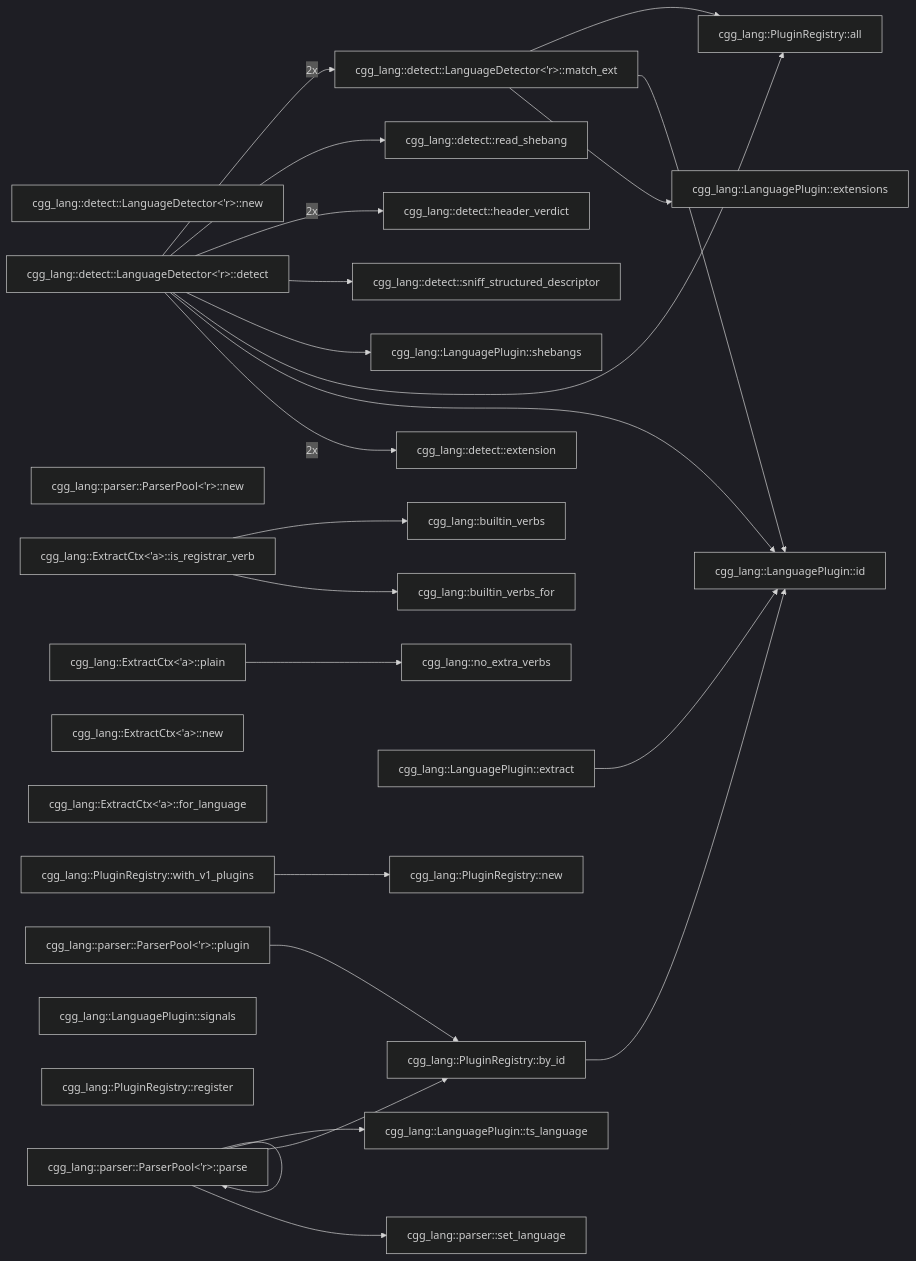
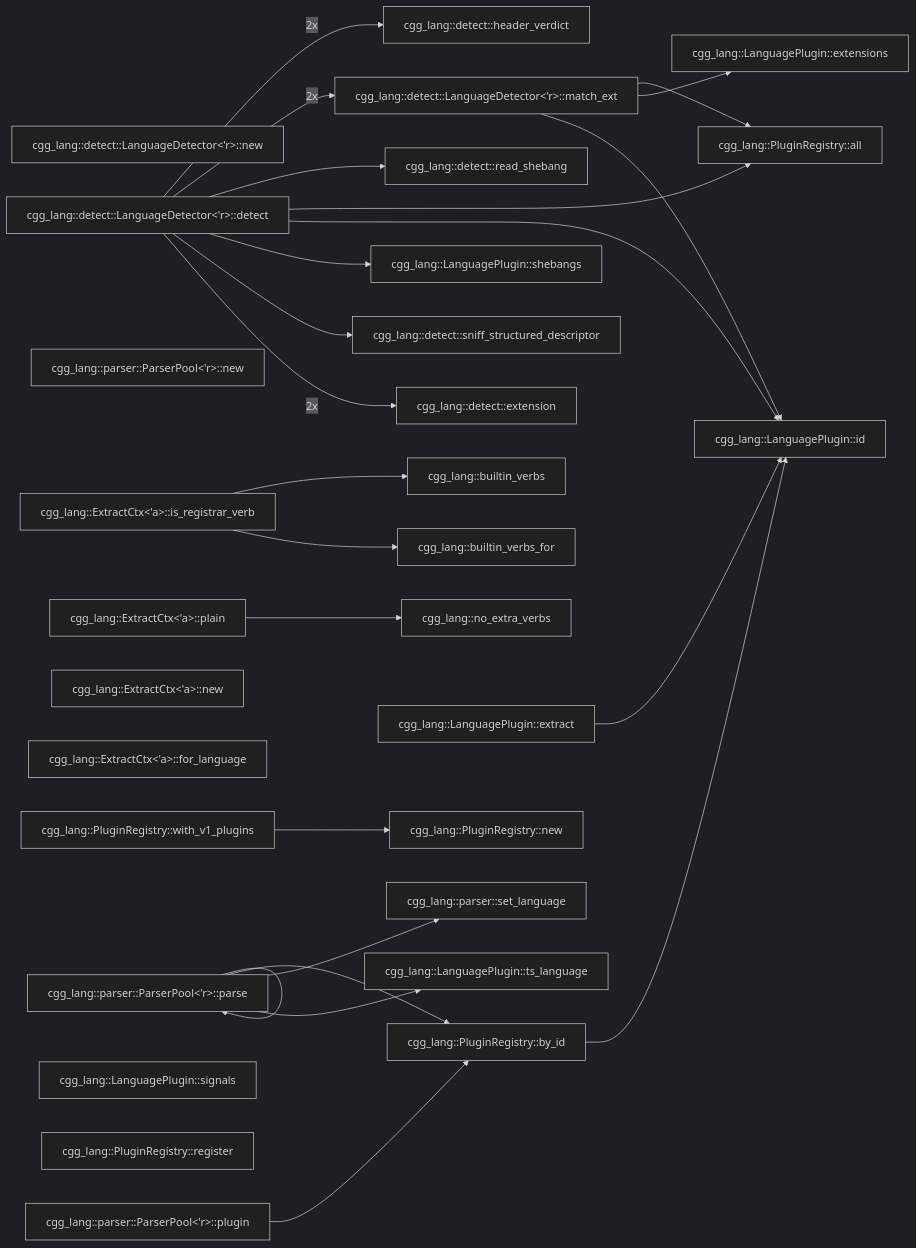
Before and after one commit to NeuralNotwerk/cgg: the third of 4 diagrams in README.md, drawn with Mermaid (dark theme). The commit also changed other lines of this file and 4 other files, not shown here.

````diff
--- a/README.md
+++ b/README.md
@@ -688,54 +688,54 @@
 ```mermaid
 flowchart LR
-  C10q0avqswp9["cgg_lang::detect::LanguageDetector<'r>::new"]
-  Cp7bq4qiwgz["cgg_lang::detect::LanguageDetector<'r>::detect"]
-  Cxmrendufgz["cgg_lang::detect::LanguageDetector<'r>::match_ext"]
-  C133lfcajtac["cgg_lang::detect::extension"]
-  Ck8bvt2vgvc["cgg_lang::detect::sniff_structured_descriptor"]
-  Cqwy5q5i448["cgg_lang::detect::read_shebang"]
-  Cofztst3b5["cgg_lang::detect::header_verdict"]
-  Ckwi21q4n99["cgg_lang::parser::ParserPool<'r>::new"]
-  C26bd5qoaul["cgg_lang::parser::ParserPool<'r>::parse"]
-  C6jcyyvmxks["cgg_lang::parser::ParserPool<'r>::plugin"]
-  C18c4rqxkjzb["cgg_lang::parser::set_language"]
-  Cuwydi7mhcp["cgg_lang::builtin_verbs"]
-  C10t72likkpj["cgg_lang::builtin_verbs_for"]
-  Co2908p1emo["cgg_lang::no_extra_verbs"]
-  C17j8jr3c3ba["cgg_lang::ExtractCtx<'a>::new"]
-  C59pox1dp6q["cgg_lang::ExtractCtx<'a>::for_language"]
-  C8ms88ne747["cgg_lang::ExtractCtx<'a>::plain"]
-  Cr288aq0pmb["cgg_lang::ExtractCtx<'a>::is_registrar_verb"]
-  C1wt0t8oe0q["cgg_lang::LanguagePlugin::id"]
-  C17aph71rx2h["cgg_lang::LanguagePlugin::extensions"]
-  Cjp14y8sw13["cgg_lang::LanguagePlugin::shebangs"]
-  Ct9706spgvs["cgg_lang::LanguagePlugin::signals"]
-  Cecnnkf40pw["cgg_lang::LanguagePlugin::ts_language"]
-  Ch33tzbtsjg["cgg_lang::LanguagePlugin::extract"]
-  Cjqv59ycq3v["cgg_lang::PluginRegistry::new"]
-  Cj8dfzn4rwo["cgg_lang::PluginRegistry::register"]
-  Cf0ed7vsaic["cgg_lang::PluginRegistry::all"]
-  C8gx7e4r66u["cgg_lang::PluginRegistry::by_id"]
-  Ctdg6zm99p3["cgg_lang::PluginRegistry::with_v1_plugins"]
-  C26bd5qoaul --> C18c4rqxkjzb
-  C26bd5qoaul --> C26bd5qoaul
-  C26bd5qoaul --> C8gx7e4r66u
-  C26bd5qoaul --> Cecnnkf40pw
-  C6jcyyvmxks --> C8gx7e4r66u
-  C8gx7e4r66u --> C1wt0t8oe0q
-  C8ms88ne747 --> Co2908p1emo
-  Ch33tzbtsjg --> C1wt0t8oe0q
-  Cp7bq4qiwgz -->|2x| C133lfcajtac
-  Cp7bq4qiwgz --> C1wt0t8oe0q
-  Cp7bq4qiwgz --> Cf0ed7vsaic
-  Cp7bq4qiwgz --> Cjp14y8sw13
-  Cp7bq4qiwgz --> Ck8bvt2vgvc
-  Cp7bq4qiwgz -->|2x| Cofztst3b5
-  Cp7bq4qiwgz --> Cqwy5q5i448
-  Cp7bq4qiwgz -->|2x| Cxmrendufgz
-  Cr288aq0pmb --> C10t72likkpj
-  Cr288aq0pmb --> Cuwydi7mhcp
-  Ctdg6zm99p3 --> Cjqv59ycq3v
-  Cxmrendufgz --> C17aph71rx2h
-  Cxmrendufgz --> C1wt0t8oe0q
-  Cxmrendufgz --> Cf0ed7vsaic
+  C17o9pp22qiz["cgg_lang::detect::LanguageDetector<'r>::new"]
+  C14fkc4o8c6d["cgg_lang::detect::LanguageDetector<'r>::detect"]
+  C133fmgqa0ig["cgg_lang::detect::LanguageDetector<'r>::match_ext"]
+  Cyk5n6gky4p["cgg_lang::detect::extension"]
+  Cs3w4t2zzda["cgg_lang::detect::sniff_structured_descriptor"]
+  C4ra9dqqcsj["cgg_lang::detect::read_shebang"]
+  C109i0ymo2bt["cgg_lang::detect::header_verdict"]
+  Cak5velg3wv["cgg_lang::parser::ParserPool<'r>::new"]
+  Cj6zpvcbt6p["cgg_lang::parser::ParserPool<'r>::parse"]
+  Ctjvv5ons8i["cgg_lang::parser::ParserPool<'r>::plugin"]
+  C6hax050sg0["cgg_lang::parser::set_language"]
+  C9i276bxo3n["cgg_lang::builtin_verbs"]
+  Chpw3r2gts9["cgg_lang::builtin_verbs_for"]
+  C30gzof7bc0["cgg_lang::no_extra_verbs"]
+  Cw0jatt8a82["cgg_lang::ExtractCtx<'a>::new"]
+  Co7i2la9csu["cgg_lang::ExtractCtx<'a>::for_language"]
+  C9cyfic4q7s["cgg_lang::ExtractCtx<'a>::plain"]
+  Ccpyfq2jkpd["cgg_lang::ExtractCtx<'a>::is_registrar_verb"]
+  Cr6qlg7sre4["cgg_lang::LanguagePlugin::id"]
+  Cpwl90qfu9f["cgg_lang::LanguagePlugin::extensions"]
+  Cs3ropm27dg["cgg_lang::LanguagePlugin::shebangs"]
+  Cwizekxteri["cgg_lang::LanguagePlugin::signals"]
+  Ci8pmp2tu5w["cgg_lang::LanguagePlugin::ts_language"]
+  C11riegp64ff["cgg_lang::LanguagePlugin::extract"]
+  C11d8fa2r1kn["cgg_lang::PluginRegistry::new"]
+  Cad4eijvm3n["cgg_lang::PluginRegistry::register"]
+  Cn0f1wnqwey["cgg_lang::PluginRegistry::all"]
+  C57n6e1aly["cgg_lang::PluginRegistry::by_id"]
+  C12pncd15md4["cgg_lang::PluginRegistry::with_v1_plugins"]
+  C11riegp64ff --> Cr6qlg7sre4
+  C12pncd15md4 --> C11d8fa2r1kn
+  C133fmgqa0ig --> Cn0f1wnqwey
+  C133fmgqa0ig --> Cpwl90qfu9f
+  C133fmgqa0ig --> Cr6qlg7sre4
+  C14fkc4o8c6d -->|2x| C109i0ymo2bt
+  C14fkc4o8c6d -->|2x| C133fmgqa0ig
+  C14fkc4o8c6d --> C4ra9dqqcsj
+  C14fkc4o8c6d --> Cn0f1wnqwey
+  C14fkc4o8c6d --> Cr6qlg7sre4
+  C14fkc4o8c6d --> Cs3ropm27dg
+  C14fkc4o8c6d --> Cs3w4t2zzda
+  C14fkc4o8c6d -->|2x| Cyk5n6gky4p
+  C57n6e1aly --> Cr6qlg7sre4
+  C9cyfic4q7s --> C30gzof7bc0
+  Ccpyfq2jkpd --> C9i276bxo3n
+  Ccpyfq2jkpd --> Chpw3r2gts9
+  Cj6zpvcbt6p --> C57n6e1aly
+  Cj6zpvcbt6p --> C6hax050sg0
+  Cj6zpvcbt6p --> Ci8pmp2tu5w
+  Cj6zpvcbt6p --> Cj6zpvcbt6p
+  Ctjvv5ons8i --> C57n6e1aly
 ```
````
